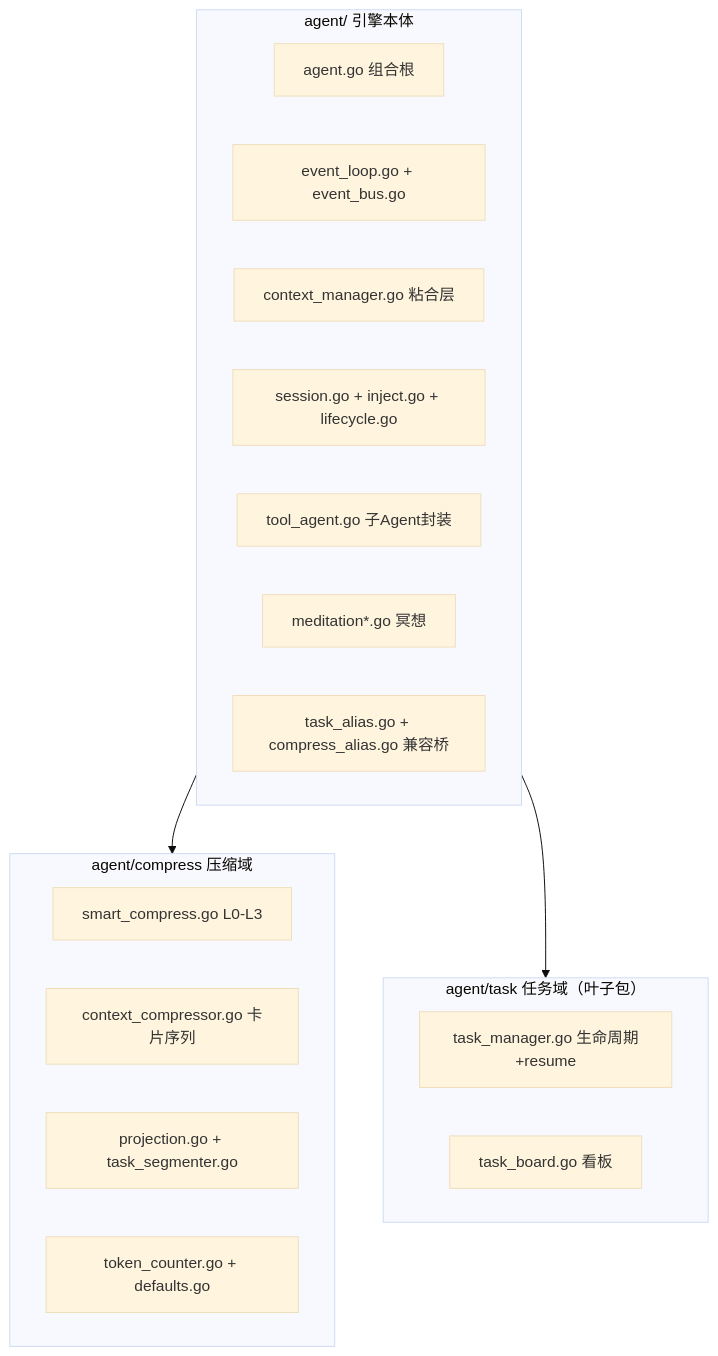
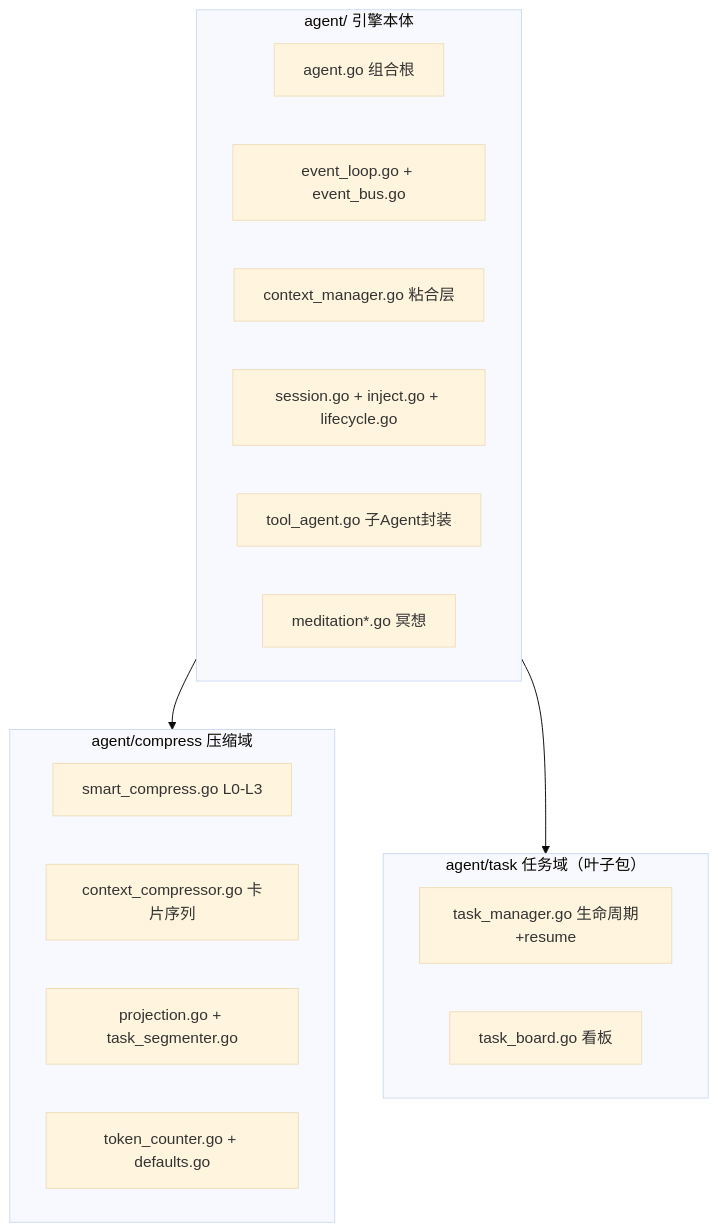
The second of 2 diagrams in docs/wiki/agent/agent-architecture.md (SpellingDragon/tagent), drawn with Mermaid (base theme) before and after one commit. The commit also changed other lines of this file and 59 other files, not shown here.

````diff
--- a/docs/wiki/agent/agent-architecture.md
+++ b/docs/wiki/agent/agent-architecture.md
@@ -207,24 +207,23 @@
 ```mermaid
 graph TB
     subgraph agent["agent/ 引擎本体"]
         AG["agent.go 组合根"]
         EL["event_loop.go + event_bus.go"]
         CM["context_manager.go 粘合层"]
         SE["session.go + inject.go + lifecycle.go"]
         TW["tool_agent.go 子Agent封装"]
         MD["meditation*.go 冥想"]
-        AL["task_alias.go + compress_alias.go 兼容桥"]
     end
     subgraph compress["agent/compress 压缩域"]
         SC["smart_compress.go L0-L3"]
         CC["context_compressor.go 卡片序列"]
         PJ["projection.go + task_segmenter.go"]
         TK["token_counter.go + defaults.go"]
     end
     subgraph task["agent/task 任务域（叶子包）"]
         TM["task_manager.go 生命周期+resume"]
         TB["task_board.go 看板"]
     end
     agent --> compress
     agent --> task
 ```
````
